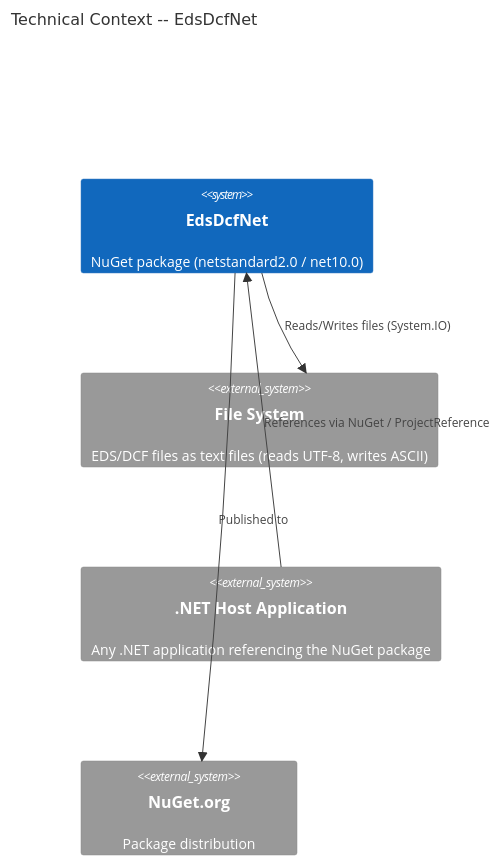
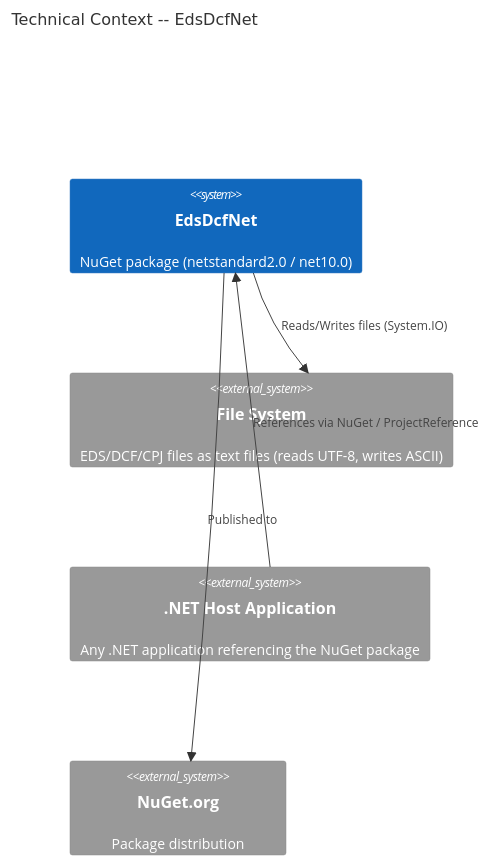
Before and after one commit to dborgards/eds-dcf-net: the second of 2 diagrams in docs/architecture/03-context-and-scope.md, drawn with Mermaid. The commit also changed other lines of this file and 18 other files, not shown here.

````diff
--- a/docs/architecture/03-context-and-scope.md
+++ b/docs/architecture/03-context-and-scope.md
@@ -38,14 +42,14 @@
 ```mermaid
 C4Context
     title Technical Context -- EdsDcfNet
 
     System(edsdcfnet, "EdsDcfNet", "NuGet package (netstandard2.0 / net10.0)")
 
-    System_Ext(filesystem, "File System", "EDS/DCF files as text files (reads UTF-8, writes ASCII)")
+    System_Ext(filesystem, "File System", "EDS/DCF/CPJ files as text files (reads UTF-8, writes ASCII)")
     System_Ext(dotnet_host, ".NET Host Application", "Any .NET application referencing the NuGet package")
     System_Ext(nuget, "NuGet.org", "Package distribution")
 
     Rel(dotnet_host, edsdcfnet, "References via NuGet / ProjectReference")
     Rel(edsdcfnet, filesystem, "Reads/Writes files (System.IO)")
     Rel(edsdcfnet, nuget, "Published to")
 ```
````
